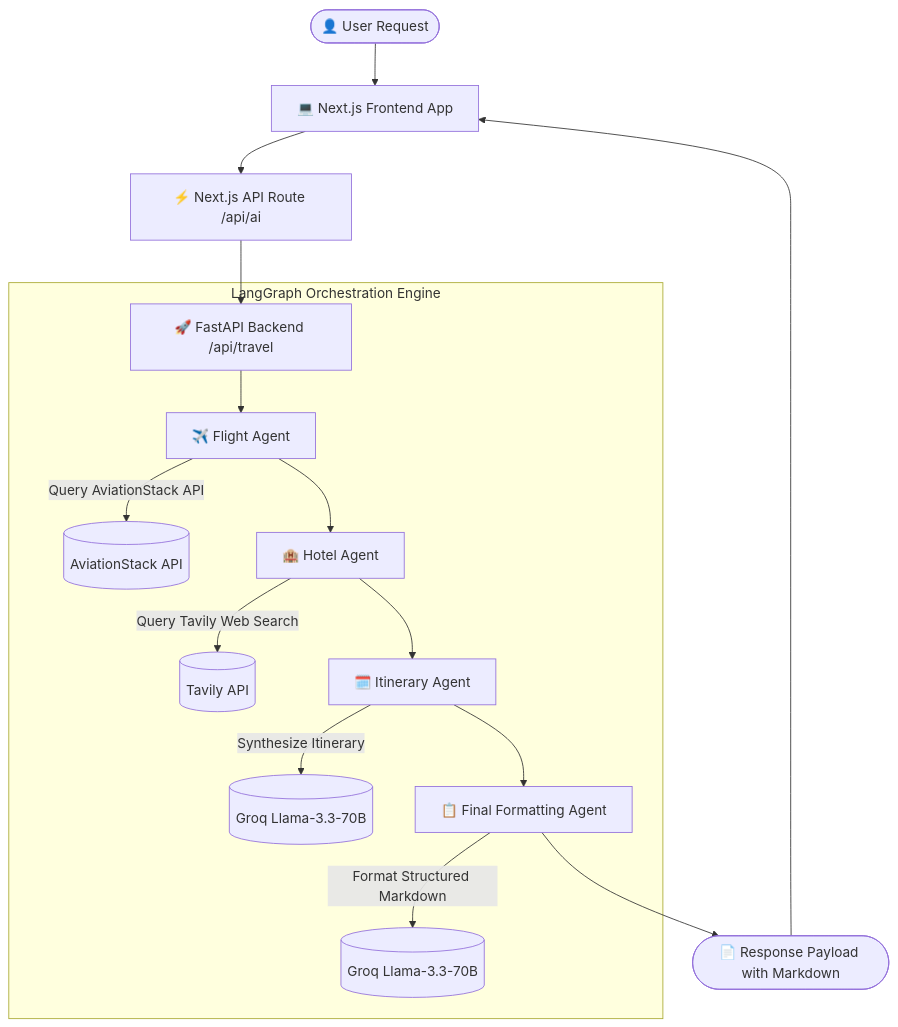
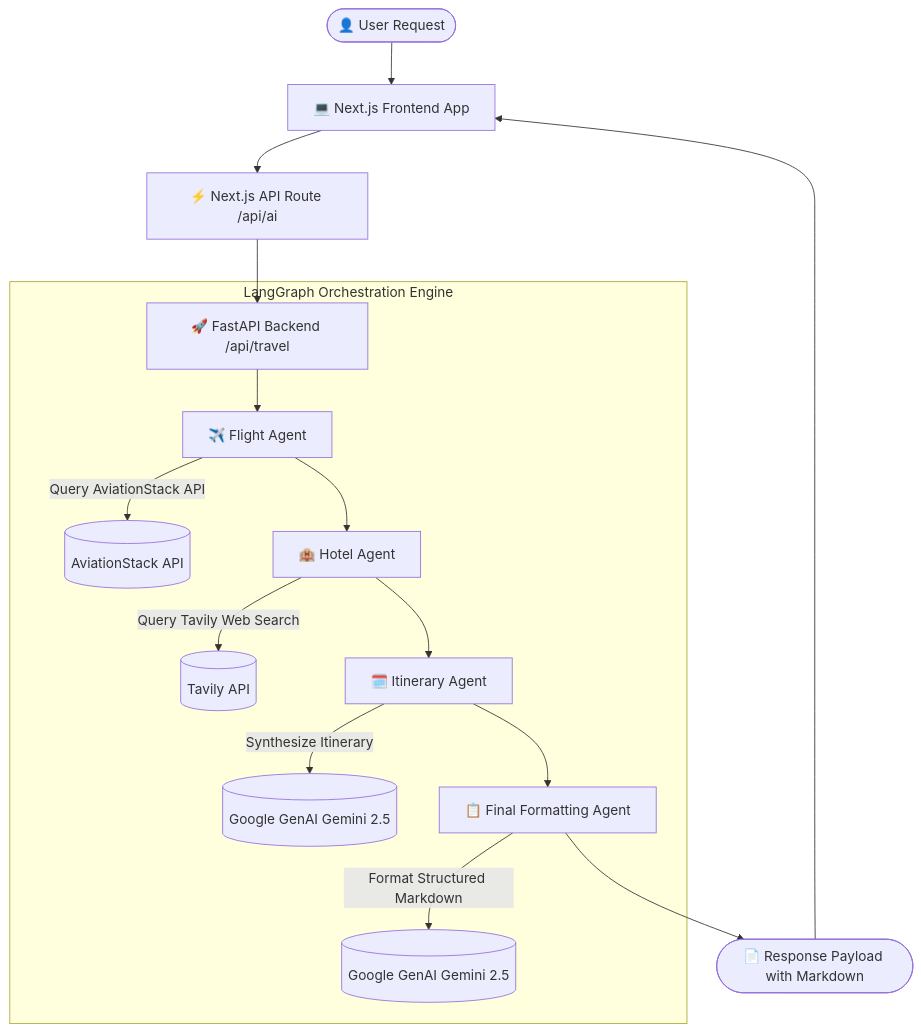
One commit to Callme-VR/frentend changed the diagram in README.md. Above: the diagram before and after it, drawn with Mermaid. The commit also changed other lines of this file and 1 other file, not shown here.

Commit message:
feat: add frontend home page and update README for Google GenAI integration

````diff
--- a/README.md
+++ b/README.md
@@ -46,20 +46,20 @@
 ```mermaid
 graph TD
     User([👤 User Request]) --> Frontend[💻 Next.js Frontend App]
     Frontend --> NextProxy[⚡ Next.js API Route /api/ai]
     NextProxy --> FastAPI[🚀 FastAPI Backend /api/travel]
     
     subgraph LangGraph Orchestration Engine
         FastAPI --> FlightAgent[✈️ Flight Agent]
         FlightAgent -->|Query AviationStack API| AviationStack[(AviationStack API)]
         FlightAgent --> HotelAgent[🏨 Hotel Agent]
         HotelAgent -->|Query Tavily Web Search| Tavily[(Tavily API)]
         HotelAgent --> ItineraryAgent[🗓️ Itinerary Agent]
-        ItineraryAgent -->|Synthesize Itinerary| GroqLLM1[(Groq Llama-3.3-70B)]
+        ItineraryAgent -->|Synthesize Itinerary| GeminiLLM1[(Google GenAI Gemini 2.5)]
         ItineraryAgent --> FinalAgent[📋 Final Formatting Agent]
-        FinalAgent -->|Format Structured Markdown| GroqLLM2[(Groq Llama-3.3-70B)]
+        FinalAgent -->|Format Structured Markdown| GeminiLLM2[(Google GenAI Gemini 2.5)]
     end
 
     FinalAgent --> Response([📄 Response Payload with Markdown])
     Response --> Frontend
 ```
````
